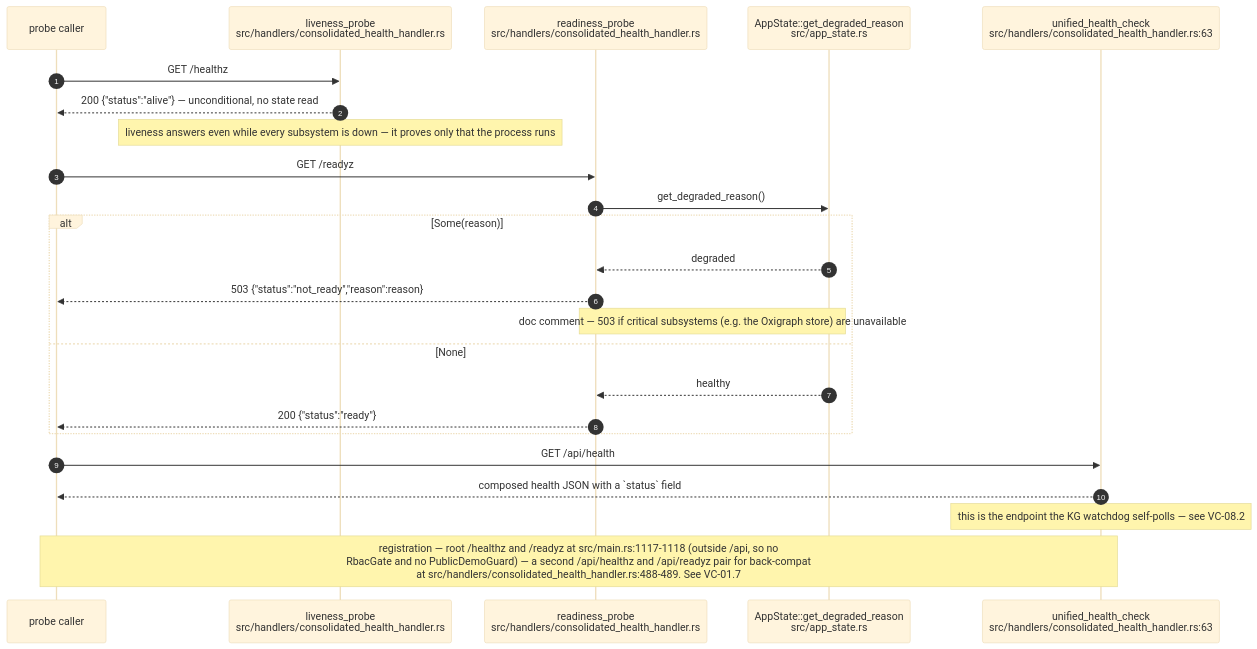
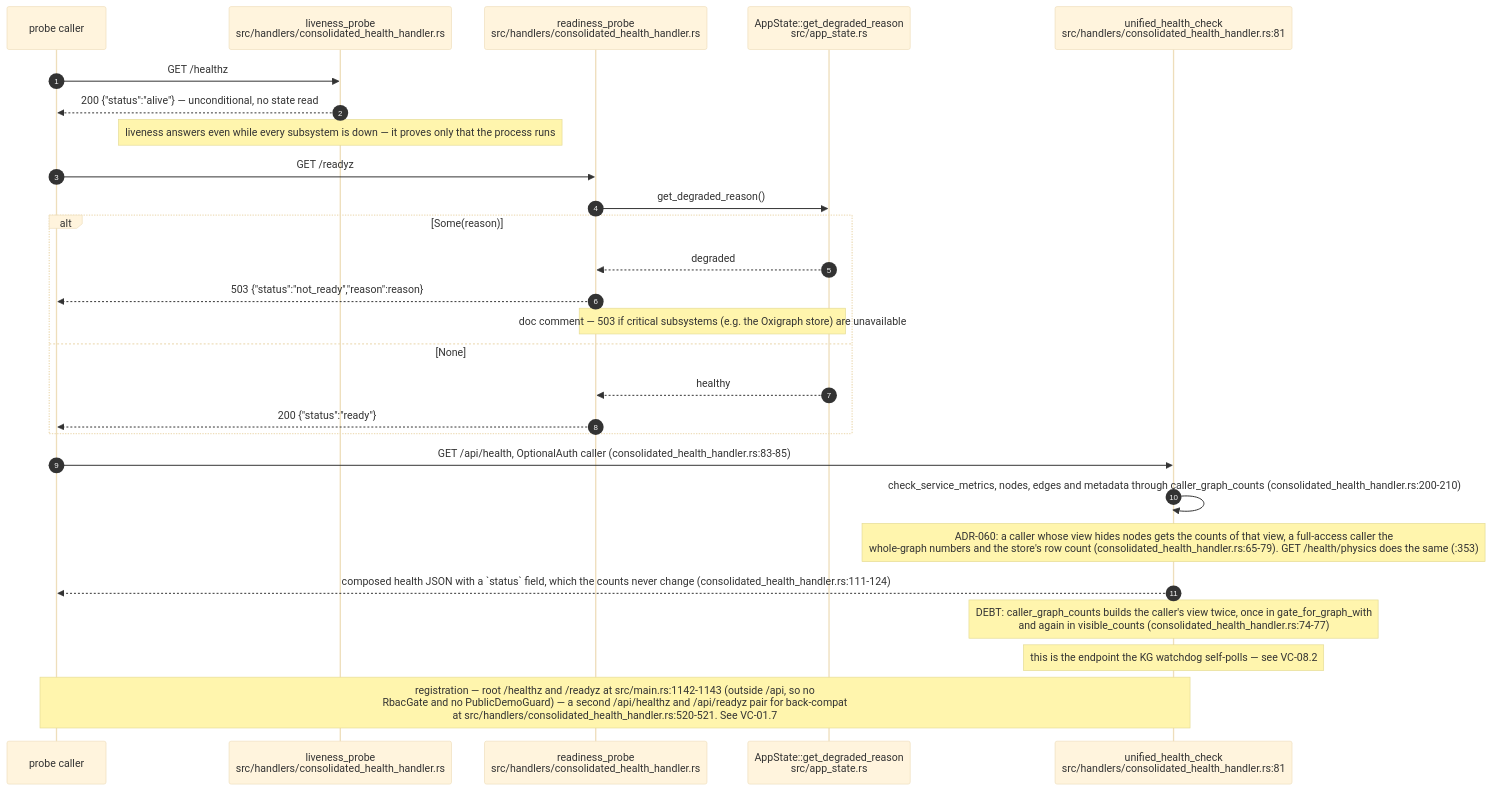
One commit to DreamLab-AI/VisionFlow changed the first of 9 diagrams in docs/diagrams/visionclaw/08-observability-health-and-dev-loop.md. Above: the diagram before and after it, drawn with Mermaid (base theme). The commit also changed other lines of this file and 46 other files, not shown here.

Commit message:
docs(diagrams): re-verify VisionClaw topics at 809a859aa/a950f4d80 after the consolidation pass

````diff
--- a/docs/diagrams/visionclaw/08-observability-health-and-dev-loop.md
+++ b/docs/diagrams/visionclaw/08-observability-health-and-dev-loop.md
@@ -47,27 +47,30 @@
 ```mermaid
 sequenceDiagram
     autonumber
     participant K as probe caller
     participant L as liveness_probe<br/>src/handlers/consolidated_health_handler.rs
     participant R as readiness_probe<br/>src/handlers/consolidated_health_handler.rs
     participant AS as AppState::get_degraded_reason<br/>src/app_state.rs
-    participant U as unified_health_check<br/>src/handlers/consolidated_health_handler.rs:63
+    participant U as unified_health_check<br/>src/handlers/consolidated_health_handler.rs:81
 
     K->>L: GET /healthz
     L-->>K: 200 {"status":"alive"} — unconditional, no state read
     Note over L: liveness answers even while every subsystem is down — it proves only that the process runs
     K->>R: GET /readyz
     R->>AS: get_degraded_reason()
     alt Some(reason)
         AS-->>R: degraded
         R-->>K: 503 {"status":"not_ready","reason":reason}
         Note over R,AS: doc comment — 503 if critical subsystems (e.g. the Oxigraph store) are unavailable
     else None
         AS-->>R: healthy
         R-->>K: 200 {"status":"ready"}
     end
-    K->>U: GET /api/health
-    U-->>K: composed health JSON with a `status` field
+    K->>U: GET /api/health, OptionalAuth caller (consolidated_health_handler.rs:83-85)
+    U->>U: check_service_metrics, nodes, edges and metadata through caller_graph_counts (consolidated_health_handler.rs:200-210)
+    Note over U: ADR-060: a caller whose view hides nodes gets the counts of that view, a full-access caller the<br/>whole-graph numbers and the store's row count (consolidated_health_handler.rs:65-79). GET /health/physics does the same (:353)
+    U-->>K: composed health JSON with a `status` field, which the counts never change (consolidated_health_handler.rs:111-124)
+    Note over U: DEBT: caller_graph_counts builds the caller's view twice, once in gate_for_graph_with<br/>and again in visible_counts (consolidated_health_handler.rs:74-77)
     Note over U: this is the endpoint the KG watchdog self-polls — see VC-08.2
-    Note over K,U: registration — root /healthz and /readyz at src/main.rs:1117-1118 (outside /api, so no<br/>RbacGate and no PublicDemoGuard) — a second /api/healthz and /api/readyz pair for back-compat<br/>at src/handlers/consolidated_health_handler.rs:488-489. See VC-01.7
+    Note over K,U: registration — root /healthz and /readyz at src/main.rs:1142-1143 (outside /api, so no<br/>RbacGate and no PublicDemoGuard) — a second /api/healthz and /api/readyz pair for back-compat<br/>at src/handlers/consolidated_health_handler.rs:520-521. See VC-01.7
 ```
````
